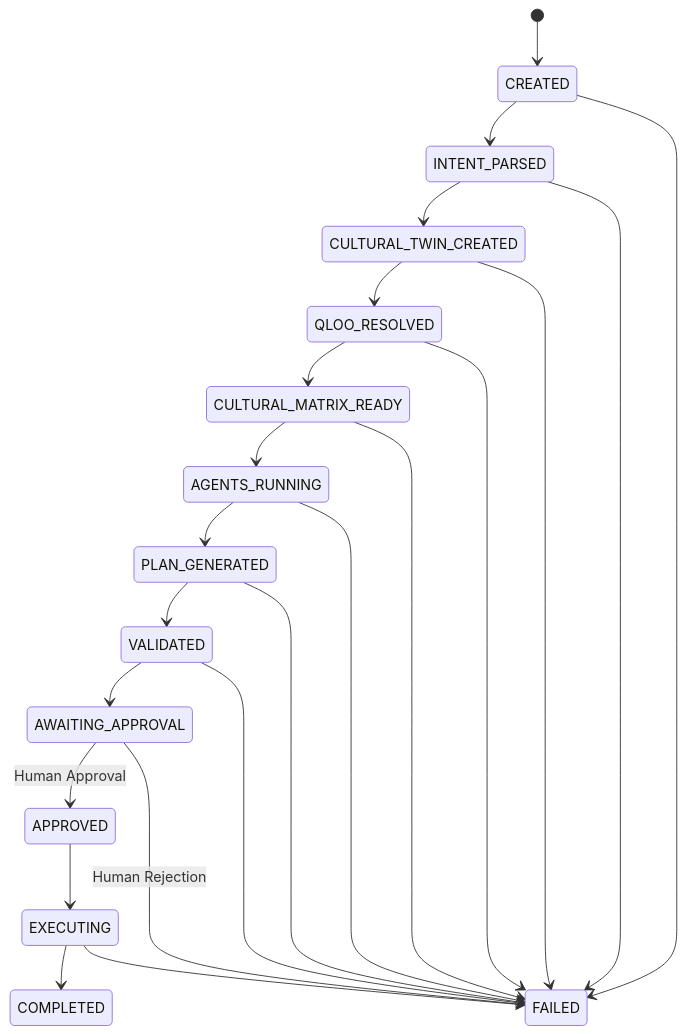
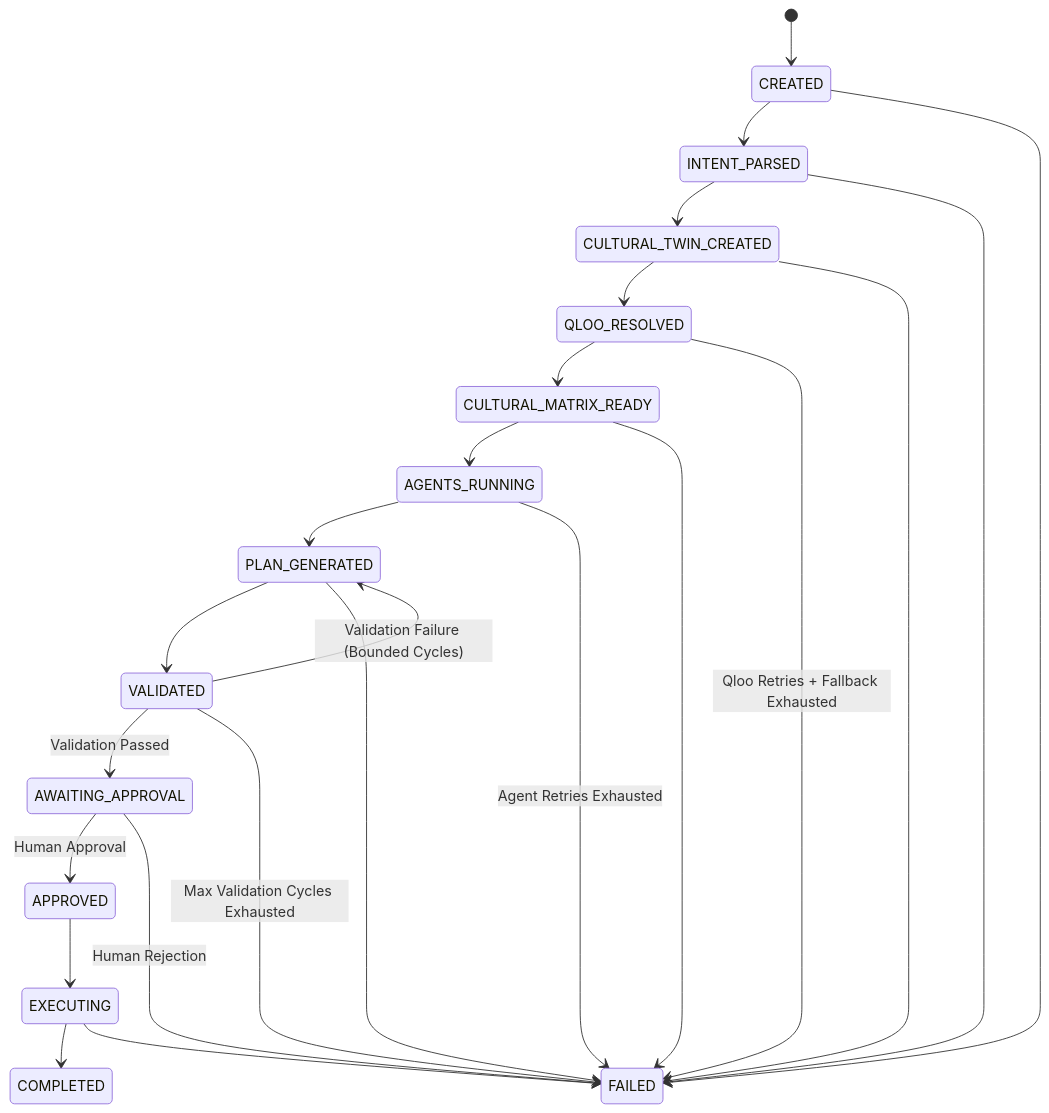
Before and after one commit to maitray-agrawal/TasteOps: the diagram in docs/INTEGRATION_CONTRACT.md, drawn with Mermaid. The commit also changed other lines of this file and 6 other files, not shown here.

Commit message:
feat(orchestration): implement complete state machine with failure transitions, bounded retries, and persistence

````diff
--- a/docs/INTEGRATION_CONTRACT.md
+++ b/docs/INTEGRATION_CONTRACT.md
@@ -308,26 +308,27 @@
 ```mermaid
 stateDiagram-v2
     [*] --> CREATED
     CREATED --> INTENT_PARSED
     INTENT_PARSED --> CULTURAL_TWIN_CREATED
     CULTURAL_TWIN_CREATED --> QLOO_RESOLVED
     QLOO_RESOLVED --> CULTURAL_MATRIX_READY
     CULTURAL_MATRIX_READY --> AGENTS_RUNNING
     AGENTS_RUNNING --> PLAN_GENERATED
     PLAN_GENERATED --> VALIDATED
-    VALIDATED --> AWAITING_APPROVAL
+    VALIDATED --> PLAN_GENERATED : Validation Failure (Bounded Cycles)
+    VALIDATED --> AWAITING_APPROVAL : Validation Passed
     AWAITING_APPROVAL --> APPROVED : Human Approval
     AWAITING_APPROVAL --> FAILED : Human Rejection
     APPROVED --> EXECUTING
     EXECUTING --> COMPLETED
     EXECUTING --> FAILED
     
     CREATED --> FAILED
     INTENT_PARSED --> FAILED
     CULTURAL_TWIN_CREATED --> FAILED
-    QLOO_RESOLVED --> FAILED
+    QLOO_RESOLVED --> FAILED : Qloo Retries + Fallback Exhausted
     CULTURAL_MATRIX_READY --> FAILED
-    AGENTS_RUNNING --> FAILED
+    AGENTS_RUNNING --> FAILED : Agent Retries Exhausted
     PLAN_GENERATED --> FAILED
-    VALIDATED --> FAILED
+    VALIDATED --> FAILED : Max Validation Cycles Exhausted
 ```
````
